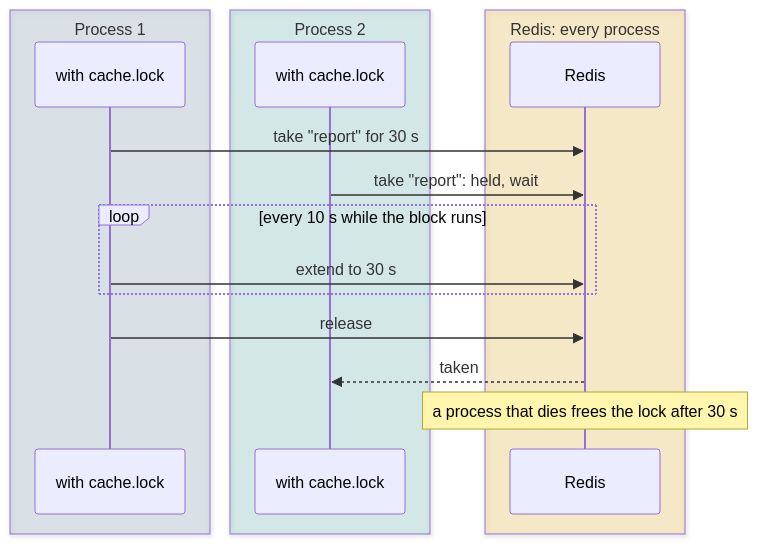
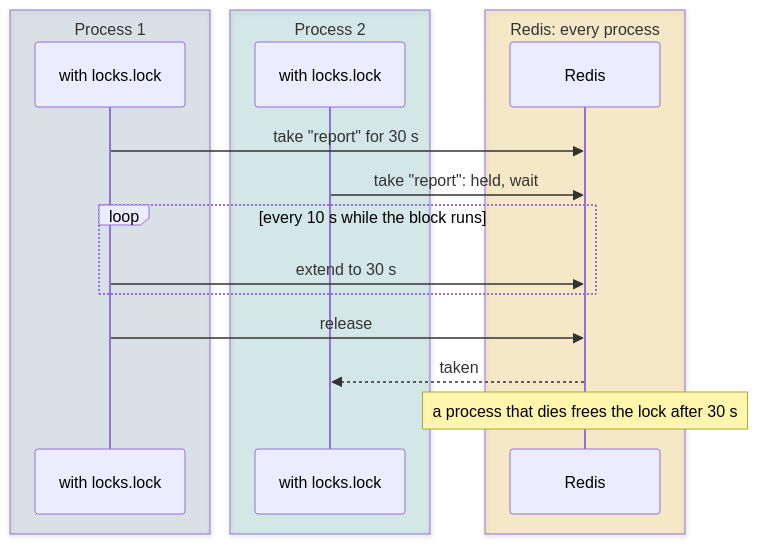
One commit to eugeneliukindev/pashe changed the diagram in docs/guides/locks/locks.md. Above: the diagram before and after it, drawn with Mermaid. The commit also changed other lines of this file and 103 other files, not shown here.

````diff
--- a/docs/guides/locks/locks.md
+++ b/docs/guides/locks/locks.md
@@ -29,20 +31,20 @@
 ```mermaid
 sequenceDiagram
     box rgba(43,91,132,0.14) Process 1
-        participant A as with cache.lock
+        participant A as with locks.lock
     end
     box rgba(0,150,136,0.14) Process 2
-        participant B as with cache.lock
+        participant B as with locks.lock
     end
     box rgba(247,181,0,0.18) Redis: every process
         participant R as Redis
     end
     A->>R: take "report" for 30 s
     B->>R: take "report": held, wait
     loop every 10 s while the block runs
         A->>R: extend to 30 s
     end
     A->>R: release
     R-->>B: taken
     Note over R: a process that dies frees the lock after 30 s
 ```
````
